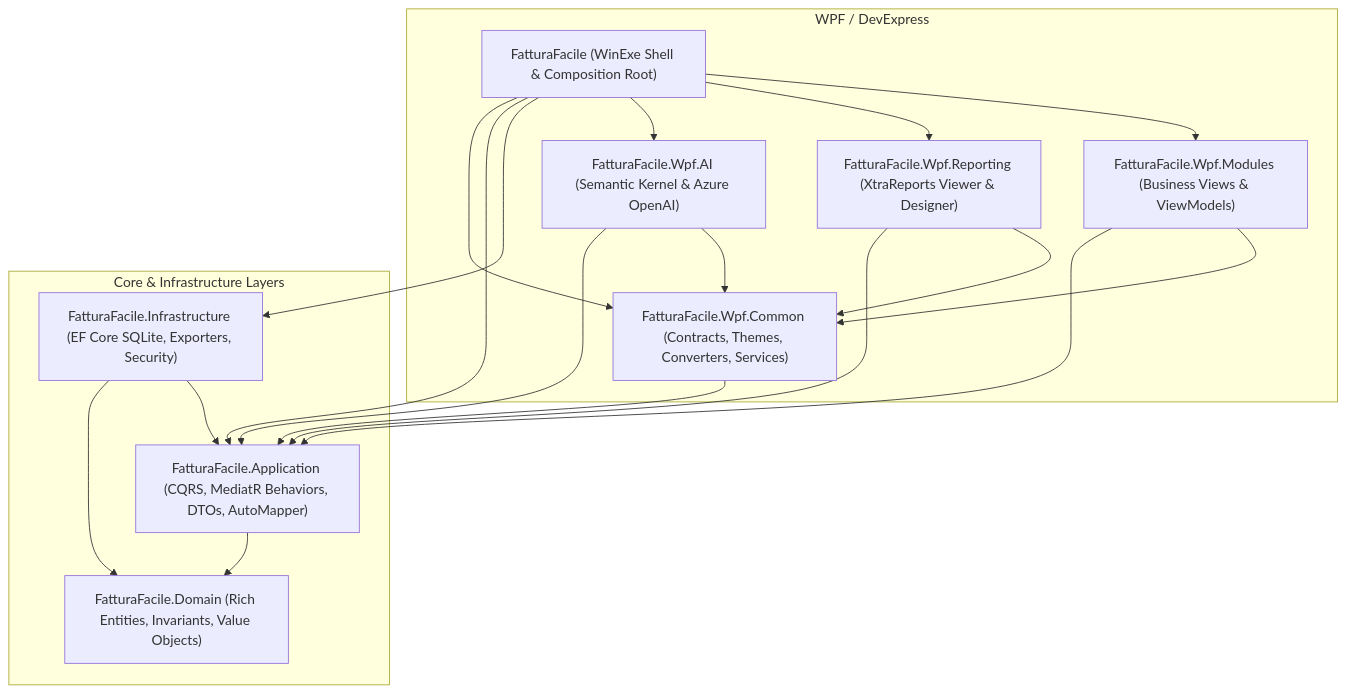
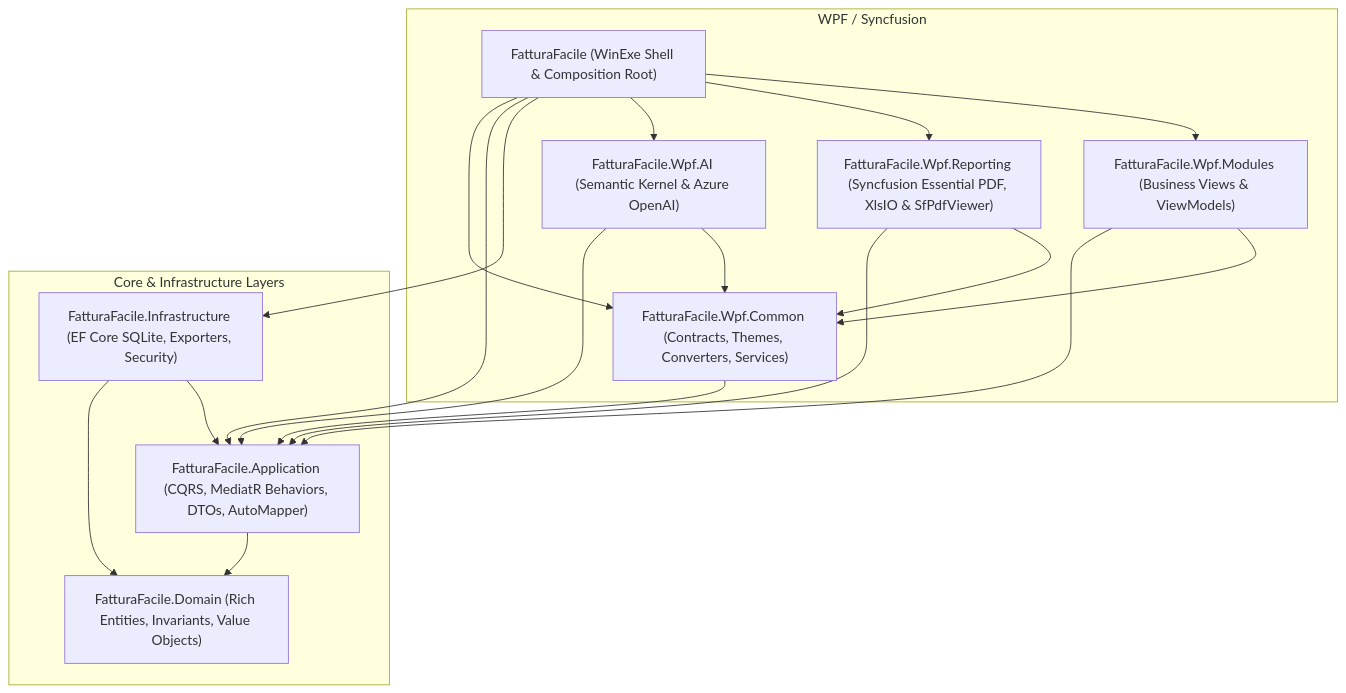
One commit to FatturaFacile/desktop changed the first of 2 diagrams in ARCHITECTURE.md. Above: the diagram before and after it, drawn with Mermaid. The commit also changed other lines of this file and 25 other files, not shown here.

````diff
--- a/ARCHITECTURE.md
+++ b/ARCHITECTURE.md
@@ -11,35 +11,35 @@
 ```mermaid
 graph TD
-    subgraph Presentation Sub-Architecture [WPF / DevExpress]
+    subgraph Presentation Sub-Architecture [WPF / Syncfusion]
         SHELL["FatturaFacile (WinExe Shell & Composition Root)"]
         COMMON["FatturaFacile.Wpf.Common (Contracts, Themes, Converters, Services)"]
         MOD["FatturaFacile.Wpf.Modules (Business Views & ViewModels)"]
-        REP["FatturaFacile.Wpf.Reporting (XtraReports Viewer & Designer)"]
+        REP["FatturaFacile.Wpf.Reporting (Syncfusion Essential PDF, XlsIO & SfPdfViewer)"]
         AI["FatturaFacile.Wpf.AI (Semantic Kernel & Azure OpenAI)"]
     end
 
     subgraph Core & Infrastructure Layers
         INFRA["FatturaFacile.Infrastructure (EF Core SQLite, Exporters, Security)"]
         APP["FatturaFacile.Application (CQRS, MediatR Behaviors, DTOs, AutoMapper)"]
         DOM["FatturaFacile.Domain (Rich Entities, Invariants, Value Objects)"]
     end
 
     SHELL --> MOD
     SHELL --> REP
     SHELL --> AI
     SHELL --> INFRA
     SHELL --> APP
     SHELL --> COMMON
 
     MOD --> COMMON
     MOD --> APP
     REP --> COMMON
     REP --> APP
     AI --> COMMON
     AI --> APP
     COMMON --> APP
 
     INFRA --> APP
     INFRA --> DOM
     APP --> DOM
 ```
````
